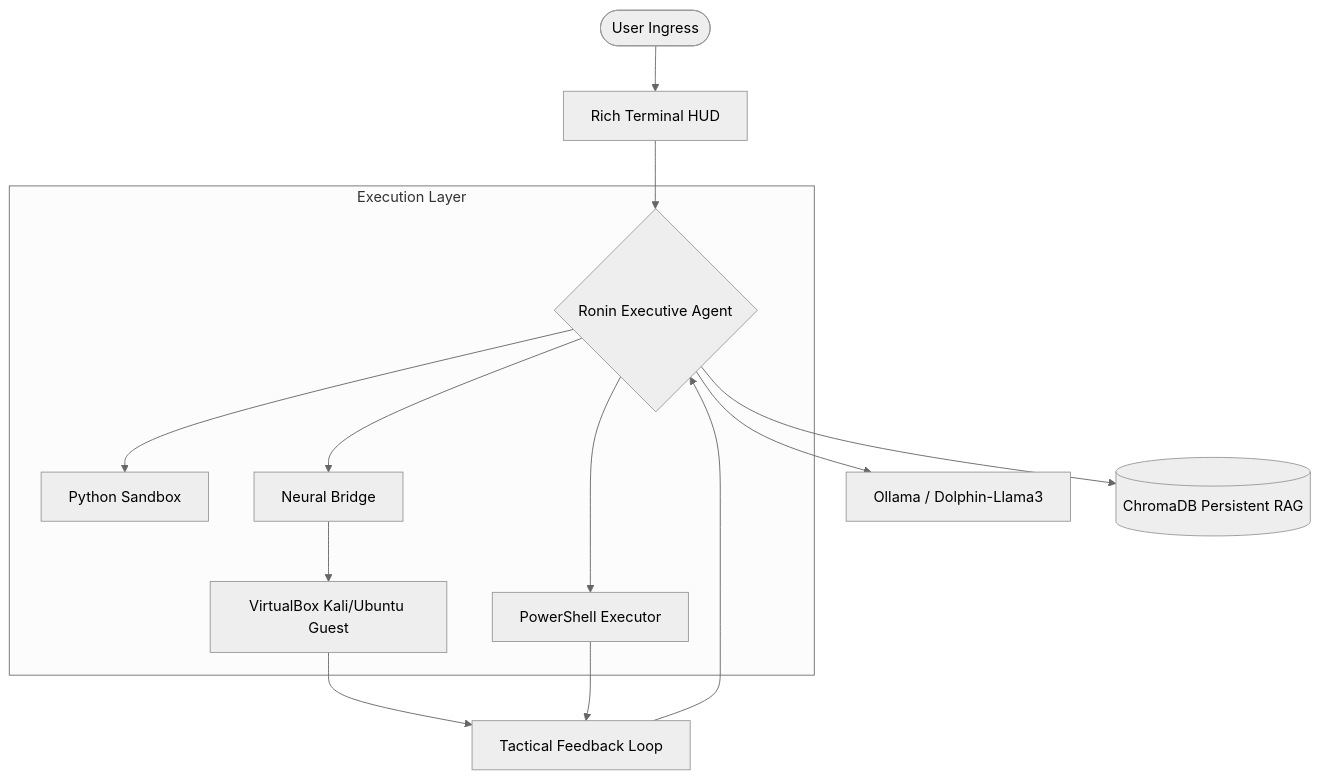
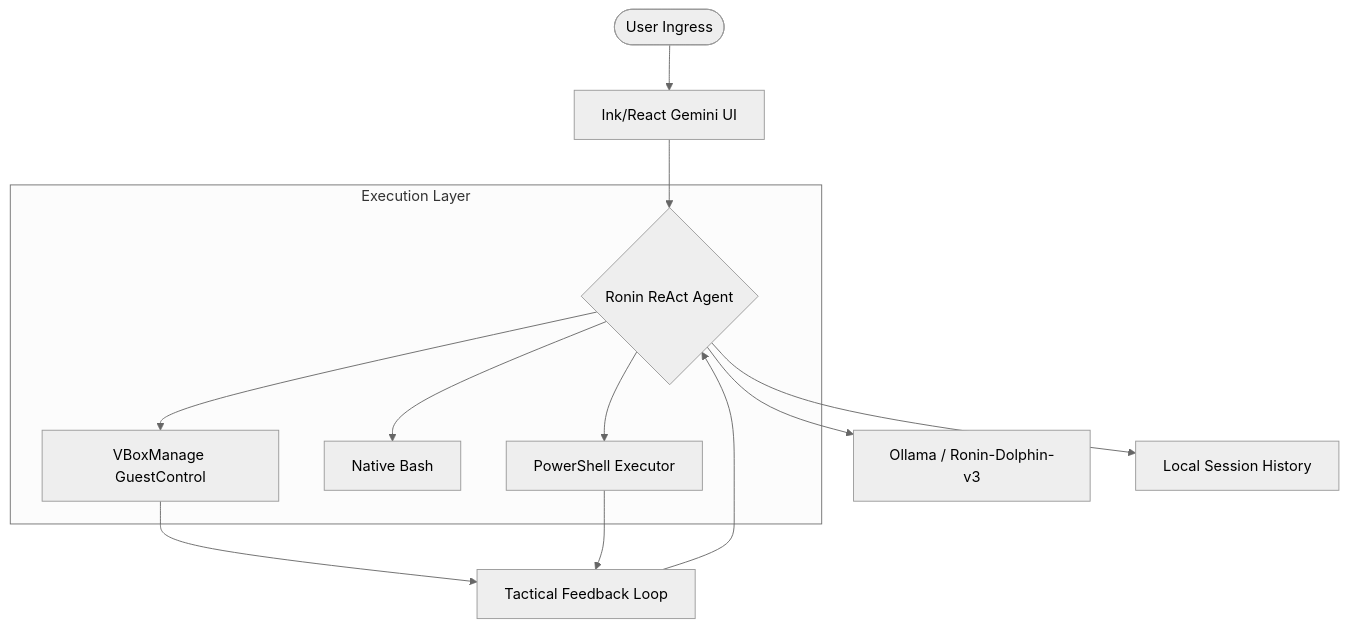
One commit to mustadafinshimanto/Ronin-V changed the diagram in README.md. Above: the diagram before and after it, drawn with Mermaid (neutral theme). The commit also changed other lines of this file and 55 other files, not shown here.

````diff
--- a/README.md
+++ b/README.md
@@ -18,18 +18,17 @@
 ```mermaid
 graph TD
-    User([User Ingress]) --> TUI[Rich Terminal HUD]
-    TUI --> Brain{Ronin Executive Agent}
-    Brain --> LLM[Ollama / Dolphin-Llama3]
-    Brain --> Memory[(ChromaDB Persistent RAG)]
-    
+    User([User Ingress]) --> TUI[Ink/React Gemini UI]
+    TUI --> Brain{Ronin ReAct Agent}
+    Brain --> LLM[Ollama / Ronin-Dolphin-v3]
+    Brain --> Memory[Local Session History]
+
     subgraph "Execution Layer"
         Brain --> PS[PowerShell Executor]
-        Brain --> PY[Python Sandbox]
-        Brain --> Bridge[Neural Bridge]
-        Bridge --> VM[VirtualBox Kali/Ubuntu Guest]
+        Brain --> BASH[Native Bash]
+        Brain --> VBOX[VBoxManage GuestControl]
     end
-    
-    VM --> Log[Tactical Feedback Loop]
+
+    VBOX --> Log[Tactical Feedback Loop]
     PS --> Log
     Log --> Brain
 ```
````
